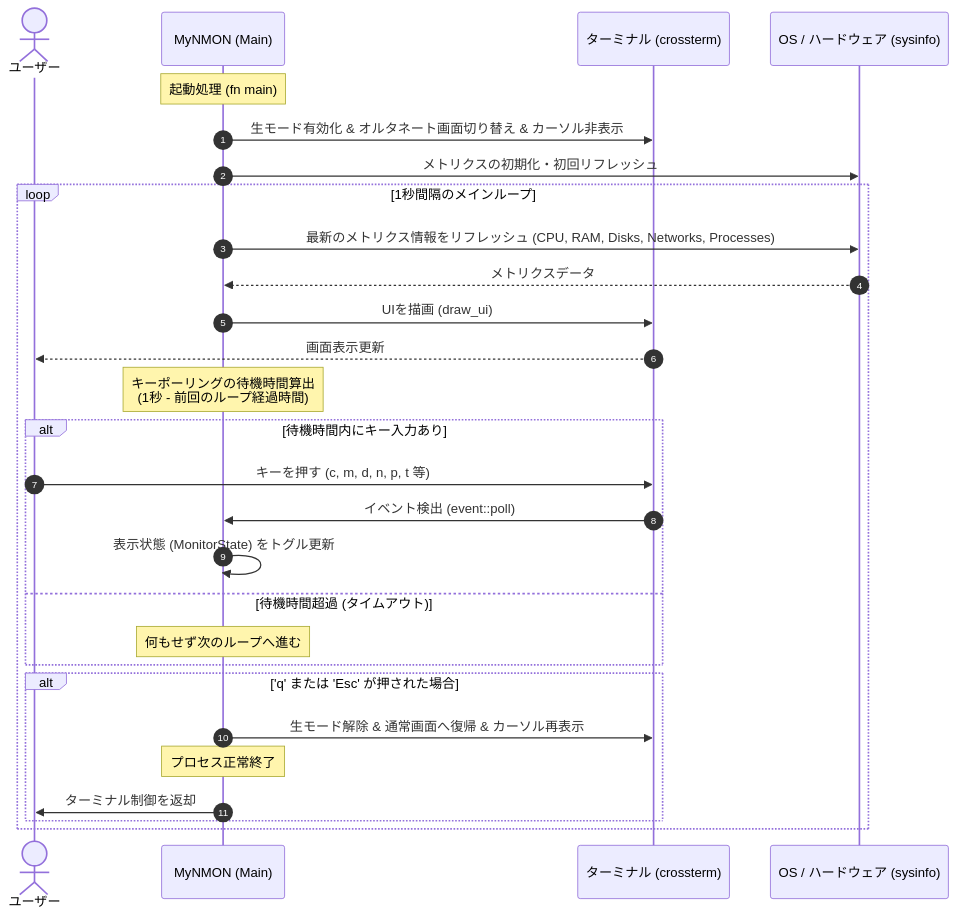
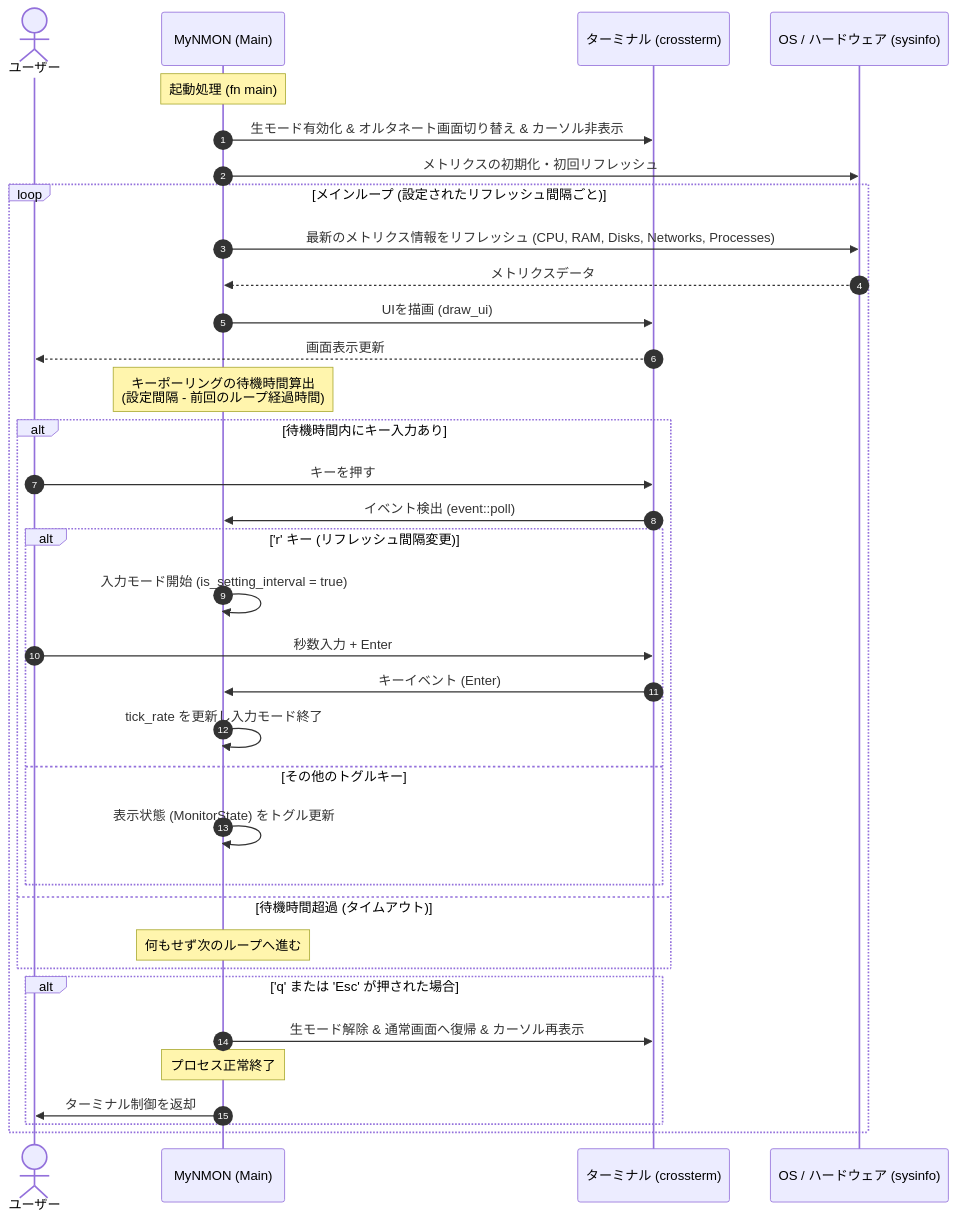
Before and after one commit to tkshnkgwr/MyNMON: the first of 2 diagrams in docs/DIAGRAM.md, drawn with Mermaid. The commit also changed 7 other files, not shown here.

````diff
--- a/docs/DIAGRAM.md
+++ b/docs/DIAGRAM.md
@@ -11,35 +11,42 @@
 ```mermaid
 sequenceDiagram
     autonumber
     actor User as ユーザー
     participant App as MyNMON (Main)
     participant Term as ターミナル (crossterm)
     participant System as OS / ハードウェア (sysinfo)
 
     Note over App: 起動処理 (fn main)
     App->>Term: 生モード有効化 & オルタネート画面切り替え & カーソル非表示
     App->>System: メトリクスの初期化・初回リフレッシュ
 
-    loop 1秒間隔のメインループ
+    loop メインループ (設定されたリフレッシュ間隔ごと)
         App->>System: 最新のメトリクス情報をリフレッシュ (CPU, RAM, Disks, Networks, Processes)
         System-->>App: メトリクスデータ
         App->>Term: UIを描画 (draw_ui)
         Term-->>User: 画面表示更新
 
-        Note over App: キーポーリングの待機時間算出<br/>(1秒 - 前回のループ経過時間)
+        Note over App: キーポーリングの待機時間算出<br/>(設定間隔 - 前回のループ経過時間)
         
         alt 待機時間内にキー入力あり
-            User->>Term: キーを押す (c, m, d, n, p, t 等)
+            User->>Term: キーを押す
             Term->>App: イベント検出 (event::poll)
-            App->>App: 表示状態 (MonitorState) をトグル更新
+            alt 'r' キー (リフレッシュ間隔変更)
+                App->>App: 入力モード開始 (is_setting_interval = true)
+                User->>Term: 秒数入力 + Enter
+                Term->>App: キーイベント (Enter)
+                App->>App: tick_rate を更新し入力モード終了
+            else その他のトグルキー
+                App->>App: 表示状態 (MonitorState) をトグル更新
+            end
         else 待機時間超過 (タイムアウト)
             Note over App: 何もせず次のループへ進む
         end
         
         alt 'q' または 'Esc' が押された場合
             App->>Term: 生モード解除 & 通常画面へ復帰 & カーソル再表示
             Note over App: プロセス正常終了
             App->>User: ターミナル制御を返却
         end
     end
 ```
````
